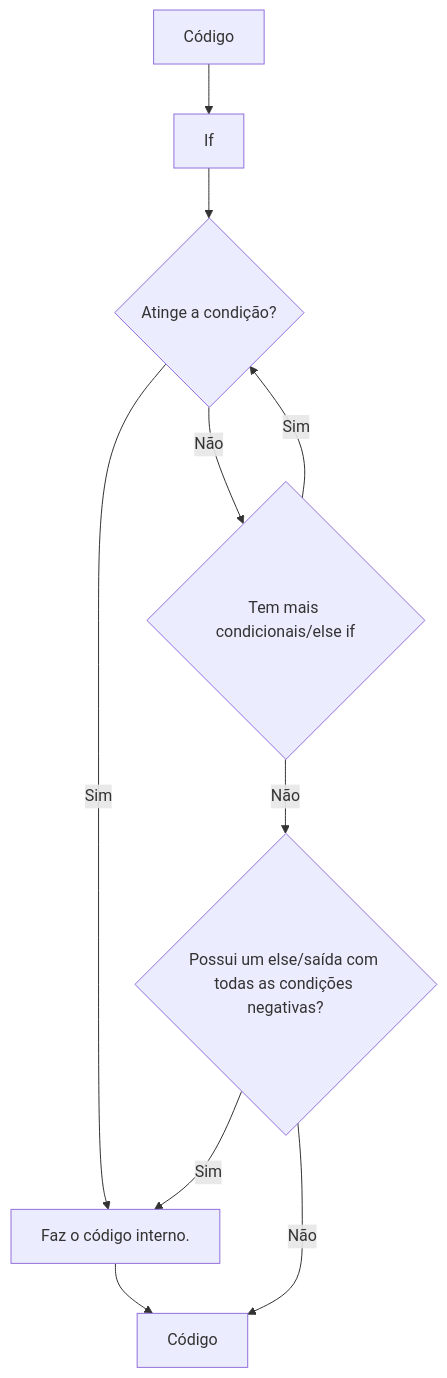
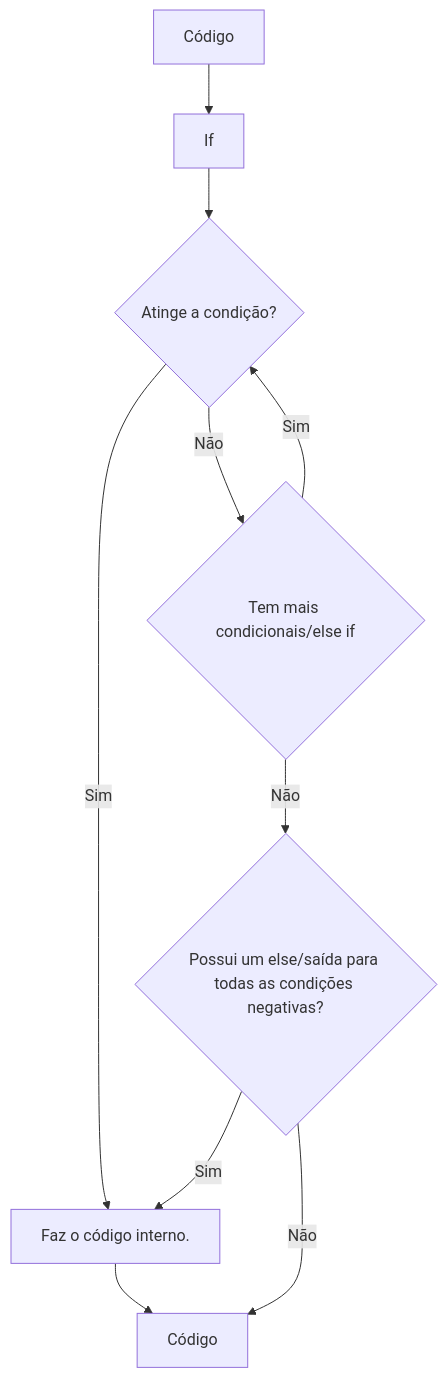
Before and after one commit to ChickRicks/game-engine: the diagram in docs/1-fundamentos-rust/UML/UML Condicional.md, drawn with Mermaid. The commit also changed 17 other files, not shown here.

````diff
--- a/docs/1-fundamentos-rust/UML/UML Condicional.md
+++ b/docs/1-fundamentos-rust/UML/UML Condicional.md
@@ -1,12 +1,12 @@
 ```mermaid
 flowchart TD
 	A["Código"] --> B[If]
 	B --> C{"Atinge a condição?"}
 	C -- Sim --> D["Faz o código interno."]
 	C -- Não --> E{"Tem mais condicionais/else if"}
 	E -- Sim --> C
-	E -- Não --> F{"Possui um else/saída com todas as condições negativas?"}
+	E -- Não --> F{"Possui um else/saída para todas as condições negativas?"}
 	F -- Sim --> D
 	F -- Não --> G["Código"]
 	D --> G
 ```
````
